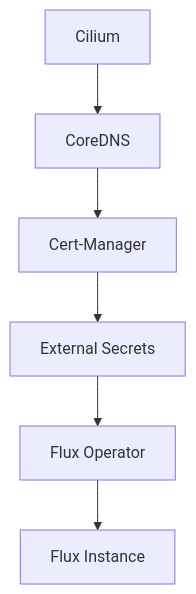
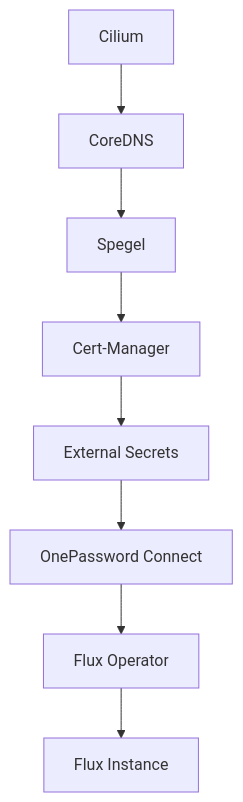
One commit to LukeEvansTech/talos-cluster changed the diagram in docs/docs/operations/bootstrap.md. Above: the diagram before and after it, drawn with Mermaid. The commit also changed other lines of this file and 28 other files, not shown here.

````diff
--- a/docs/docs/operations/bootstrap.md
+++ b/docs/docs/operations/bootstrap.md
@@ -309,8 +319,10 @@
 ```mermaid
 graph TD
     A[Cilium] --> B[CoreDNS]
-    B --> C[Cert-Manager]
-    C --> D[External Secrets]
-    D --> E[Flux Operator]
-    E --> F[Flux Instance]
+    B --> C[Spegel]
+    C --> D[Cert-Manager]
+    D --> E[External Secrets]
+    E --> F[OnePassword Connect]
+    F --> G[Flux Operator]
+    G --> H[Flux Instance]
 ```
````
